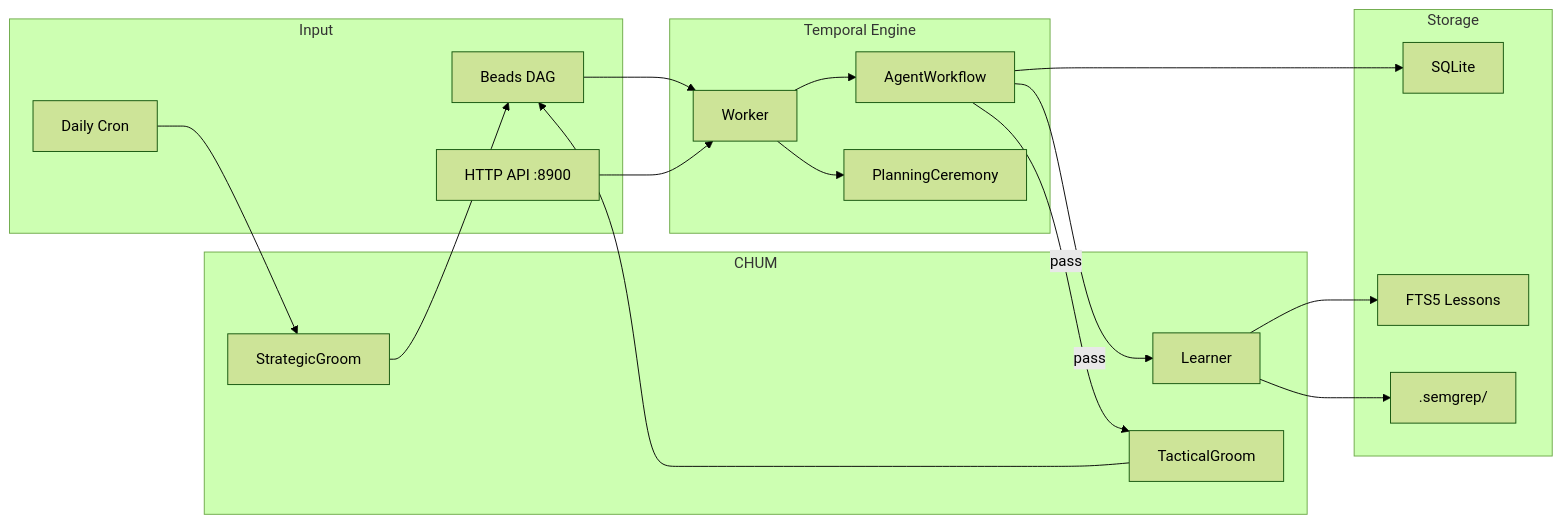
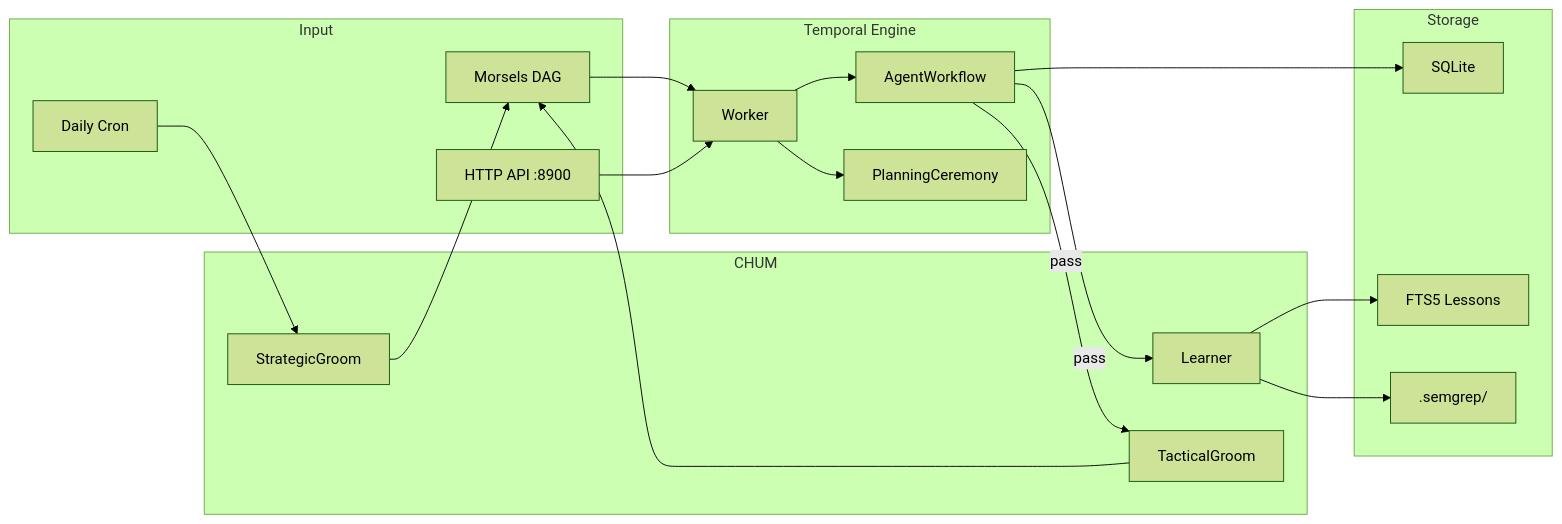
One commit to Heikkila-Pty-Ltd/chum changed the first of 5 diagrams in docs/architecture/ARCHITECTURE.md. Above: the diagram before and after it, drawn with Mermaid (forest theme). The commit also changed other lines of this file and 81 other files, not shown here.

````diff
--- a/docs/architecture/ARCHITECTURE.md
+++ b/docs/architecture/ARCHITECTURE.md
@@ -11,36 +11,36 @@
 ```mermaid
 graph LR
     subgraph Input
-        BD["Beads DAG"]
+        BD["Morsels DAG"]
         API["HTTP API :8900"]
         CRON["Daily Cron"]
     end
 
     subgraph Engine["Temporal Engine"]
         TW["Worker"]
         CAW["AgentWorkflow"]
         PCW["PlanningCeremony"]
     end
 
     subgraph CHUM
         CLW["Learner"]
         TGW["TacticalGroom"]
         SGW["StrategicGroom"]
     end
 
     subgraph Storage
         SQL["SQLite"]
         FTS["FTS5 Lessons"]
         SEM[".semgrep/"]
     end
 
     BD --> TW
     API --> TW
     CRON --> SGW
     TW --> CAW & PCW
     CAW -->|pass| CLW & TGW
     CAW --> SQL
     CLW --> FTS & SEM
     TGW --> BD
     SGW --> BD
 ```
````
